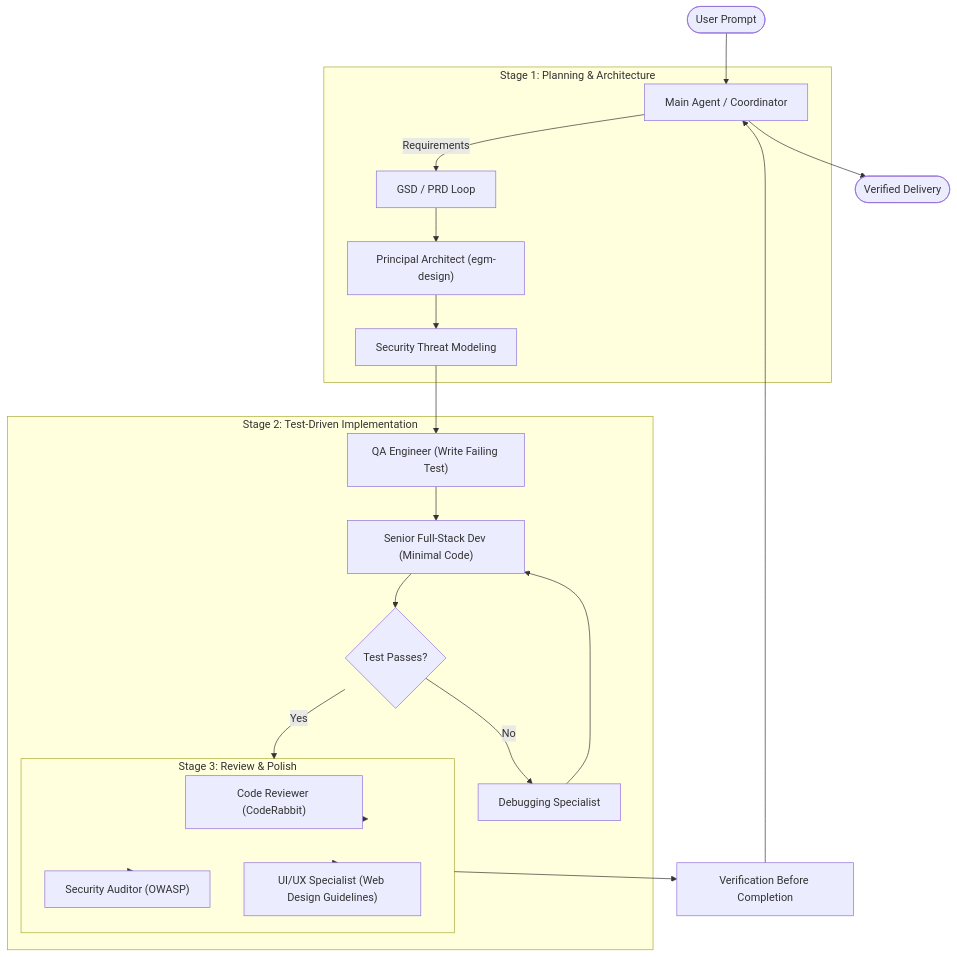
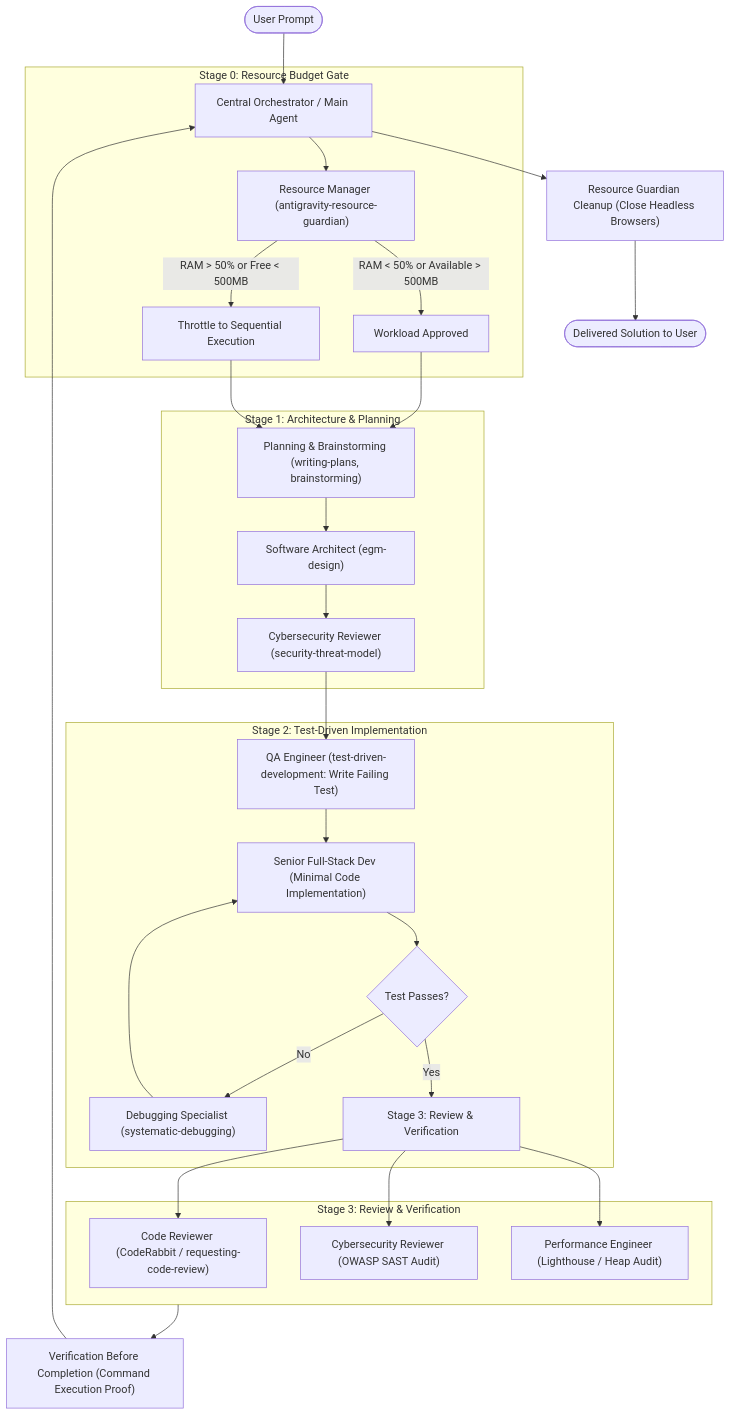
One commit to satwik92105-png/antigravity-environment changed the diagram in AGENT-ARCHITECTURE.md. Above: the diagram before and after it, drawn with Mermaid. The commit also changed other lines of this file and 345 other files, not shown here.

Commit message:
feat(phase-2): expansion to 51 global skills, GSD, Roo Code (.roomodes), Ralph Loop, CodeRabbit, and Resource Guardian

````diff
--- a/AGENT-ARCHITECTURE.md
+++ b/AGENT-ARCHITECTURE.md
@@ -31,29 +33,37 @@
 ```mermaid
 flowchart TD
-    User([User Prompt]) --> Coordinator[Main Agent / Coordinator]
+    User([User Prompt]) --> Coord[Central Orchestrator / Main Agent]
     
-    subgraph Planning ["Stage 1: Planning & Architecture"]
-        Coordinator -->|Requirements| GSD["GSD / PRD Loop"]
-        GSD --> Arch["Principal Architect (egm-design)"]
-        Arch --> Threat["Security Threat Modeling"]
+    subgraph Gate ["Stage 0: Resource Budget Gate"]
+        Coord --> RG["Resource Manager (antigravity-resource-guardian)"]
+        RG -->|RAM < 50% or Available > 500MB| Approved[Workload Approved]
+        RG -->|RAM > 50% or Free < 500MB| Sequential[Throttle to Sequential Execution]
     end
 
-    subgraph Implementation ["Stage 2: Test-Driven Implementation"]
-        Threat --> QA["QA Engineer (Write Failing Test)"]
-        QA --> Dev["Senior Full-Stack Dev (Minimal Code)"]
-        Dev --> TDDVerify{"Test Passes?"}
-        TDDVerify -- No --> Debug["Debugging Specialist"]
-        Debug --> Dev
-        TDDVerify -- Yes --> Review["Stage 3: Review & Polish"]
+    subgraph Phase1 ["Stage 1: Architecture & Planning"]
+        Approved --> Plan["Planning & Brainstorming (writing-plans, brainstorming)"]
+        Sequential --> Plan
+        Plan --> Arch["Software Architect (egm-design)"]
+        Arch --> Threat["Cybersecurity Reviewer (security-threat-model)"]
     end
 
-    subgraph Review ["Stage 3: Review & Polish"]
-        Review --> CR["Code Reviewer (CodeRabbit)"]
-        Review --> SecAud["Security Auditor (OWASP)"]
-        Review --> UIUX["UI/UX Specialist (Web Design Guidelines)"]
+    subgraph Phase2 ["Stage 2: Test-Driven Implementation"]
+        Threat --> QA["QA Engineer (test-driven-development: Write Failing Test)"]
+        QA --> Dev["Senior Full-Stack Dev (Minimal Code Implementation)"]
+        Dev --> TDDVerify{"Test Passes?"}
+        TDDVerify -- No --> Debug["Debugging Specialist (systematic-debugging)"]
+        Debug --> Dev
+        TDDVerify -- Yes --> Polish["Stage 3: Review & Verification"]
     end
 
-    Review --> Verif["Verification Before Completion"]
-    Verif --> Coordinator
-    Coordinator --> UserResponse([Verified Delivery])
+    subgraph Phase3 ["Stage 3: Review & Verification"]
+        Polish --> CR["Code Reviewer (CodeRabbit / requesting-code-review)"]
+        Polish --> SecAudit["Cybersecurity Reviewer (OWASP SAST Audit)"]
+        Polish --> Perf["Performance Engineer (Lighthouse / Heap Audit)"]
+    end
+
+    Phase3 --> FinalProof["Verification Before Completion (Command Execution Proof)"]
+    FinalProof --> Coord
+    Coord --> Cleanup["Resource Guardian Cleanup (Close Headless Browsers)"]
+    Cleanup --> Deliver([Delivered Solution to User])
 ```
````
